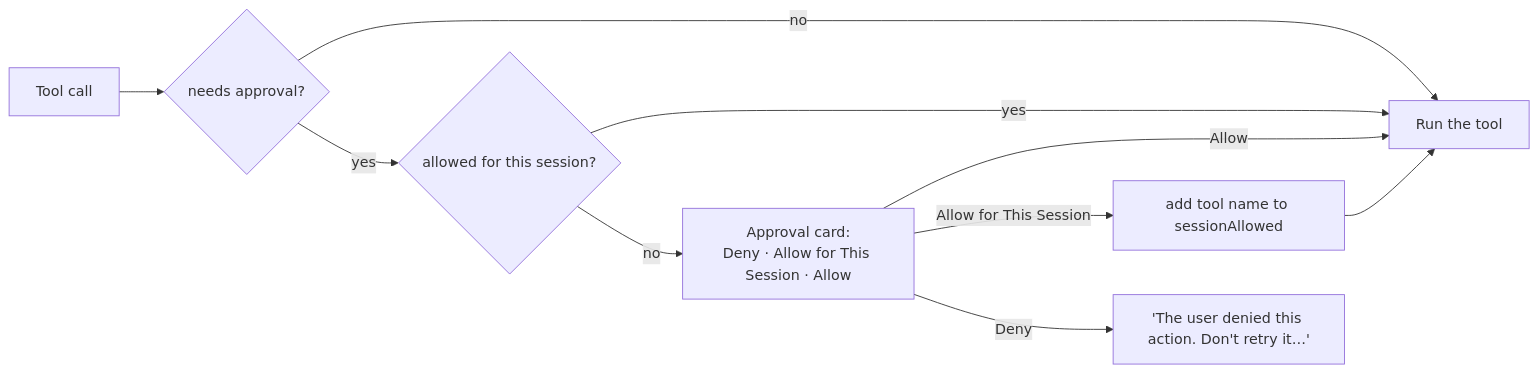
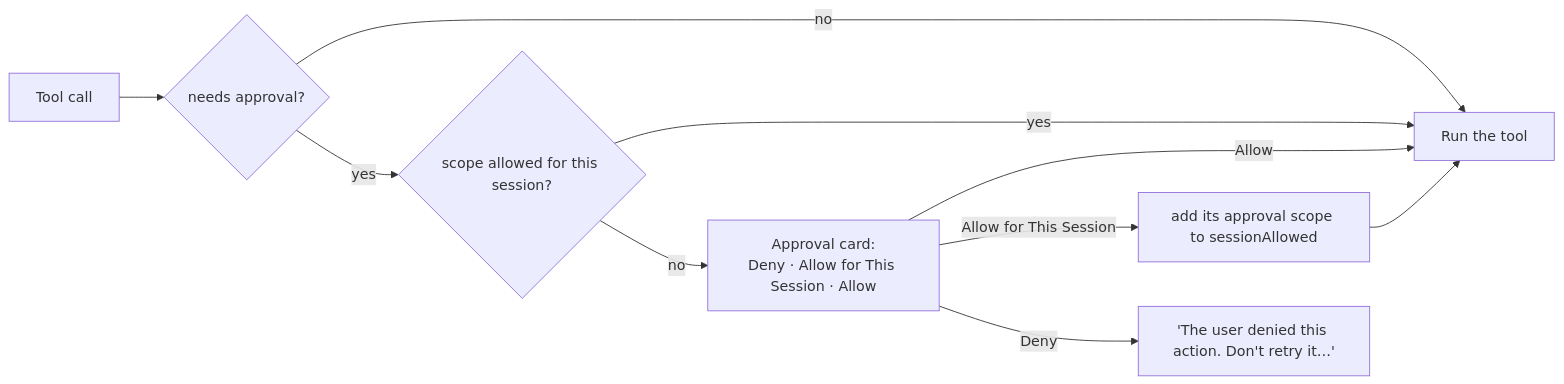
One commit to DemiInfinity/ingle changed the diagram in docs/terminal-and-mac-control.md. Above: the diagram before and after it, drawn with Mermaid. The commit also changed other lines of this file and 18 other files, not shown here.

First line of the commit message:
Scope session approvals to the exact command, folder or tool

````diff
--- a/docs/terminal-and-mac-control.md
+++ b/docs/terminal-and-mac-control.md
@@ -88,11 +88,11 @@
 ```mermaid
 flowchart LR
     Call[Tool call] --> Q{needs approval?}
     Q -- no --> Run
-    Q -- yes --> S{allowed for this session?}
+    Q -- yes --> S{scope allowed for this session?}
     S -- yes --> Run
     S -- no --> Card[Approval card:<br/>Deny · Allow for This Session · Allow]
     Card -- Allow --> Run[Run the tool]
-    Card -- Allow for This Session --> Add[add tool name to sessionAllowed] --> Run
+    Card -- Allow for This Session --> Add[add its approval scope to sessionAllowed] --> Run
     Card -- Deny --> Denied["'The user denied this action. Don't retry it…'"]
 ```
````
